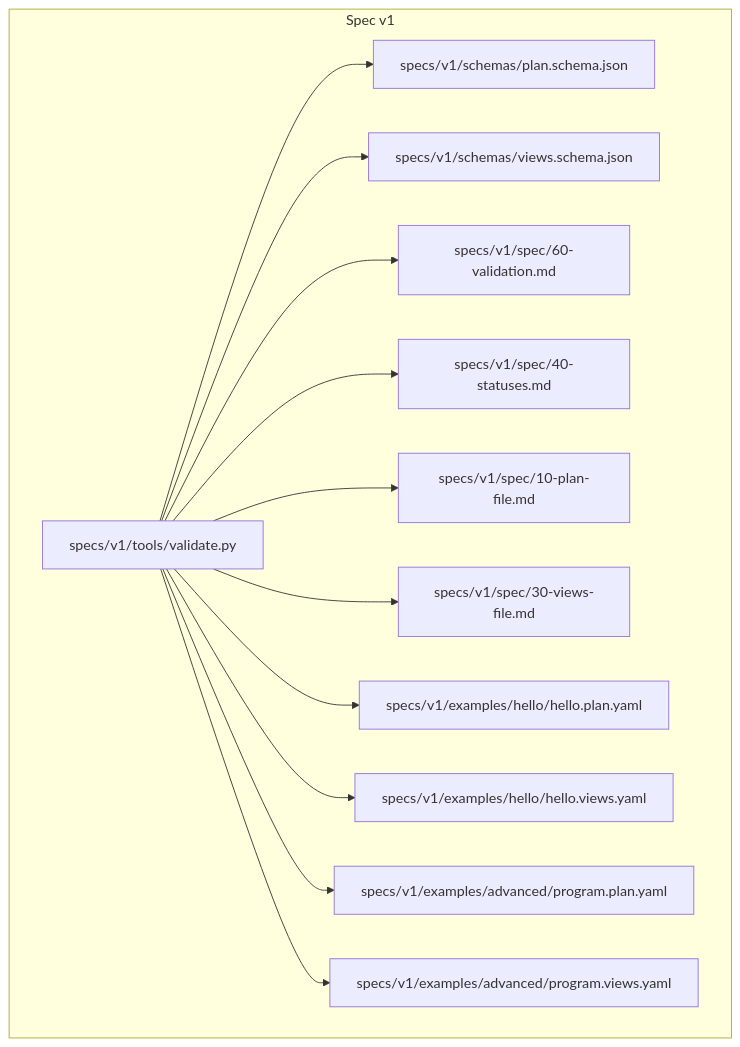
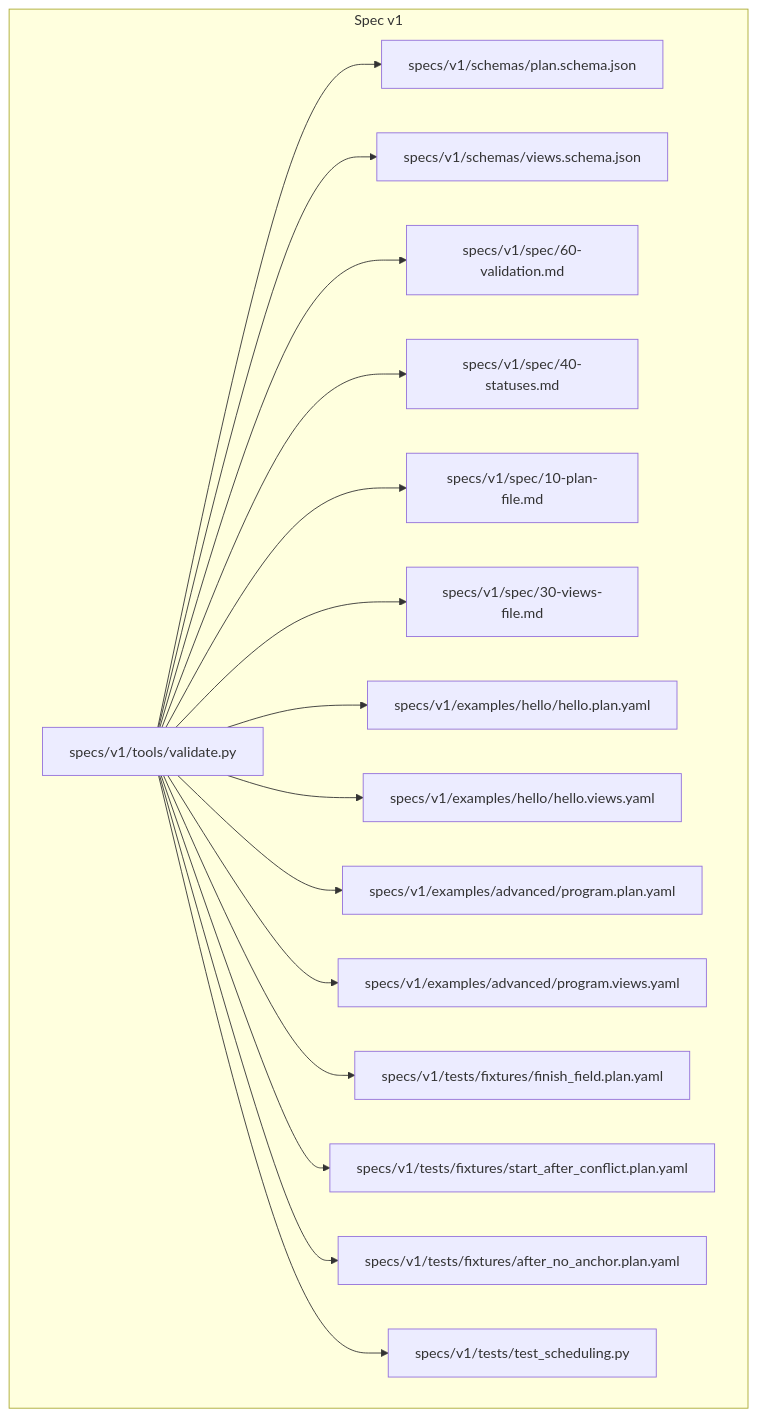
One commit to asukhodko/opskarta changed the first of 3 diagrams in .qoder/repowiki/en/content/Tooling and Utilities/Validation System.md. Above: the diagram before and after it, drawn with Mermaid. The commit also changed other lines of this file and 7 other files, not shown here.

````diff
--- a/.qoder/repowiki/en/content/Tooling and Utilities/Validation System.md
+++ b/.qoder/repowiki/en/content/Tooling and Utilities/Validation System.md
@@ -55,26 +60,34 @@
 ```mermaid
 graph TB
 subgraph "Spec v1"
 V["specs/v1/tools/validate.py"]
 P["specs/v1/schemas/plan.schema.json"]
 W["specs/v1/schemas/views.schema.json"]
 S60["specs/v1/spec/60-validation.md"]
 S40["specs/v1/spec/40-statuses.md"]
 S10["specs/v1/spec/10-plan-file.md"]
 S30["specs/v1/spec/30-views-file.md"]
 E_HELLO_P["specs/v1/examples/hello/hello.plan.yaml"]
 E_HELLO_V["specs/v1/examples/hello/hello.views.yaml"]
 E_ADV_P["specs/v1/examples/advanced/program.plan.yaml"]
 E_ADV_V["specs/v1/examples/advanced/program.views.yaml"]
+TF["specs/v1/tests/fixtures/finish_field.plan.yaml"]
+TSA["specs/v1/tests/fixtures/start_after_conflict.plan.yaml"]
+TAN["specs/v1/tests/fixtures/after_no_anchor.plan.yaml"]
+TS["specs/v1/tests/test_scheduling.py"]
 end
 V --> P
 V --> W
 V --> S60
 V --> S40
 V --> S10
 V --> S30
 V --> E_HELLO_P
 V --> E_HELLO_V
 V --> E_ADV_P
 V --> E_ADV_V
+V --> TF
+V --> TSA
+V --> TAN
+V --> TS
 ```
````
